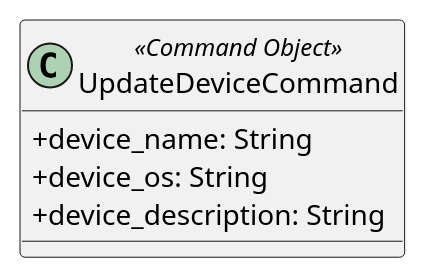
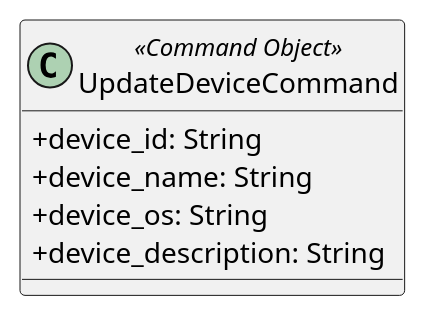
Before and after one commit to GroupRubberDuck/Documentazione: the diagram in src/PB/DocumentazioneEsterna/Specifica_Tecnica/content/uml/puml/Diagrammi_classi/Backend/Command/UpdateDeviceCommand.puml, drawn with PlantUML. The commit also changed 92 other files, not shown here.

```diff
--- a/src/PB/DocumentazioneEsterna/Specifica_Tecnica/content/uml/puml/Diagrammi_classi/Backend/Command/UpdateDeviceCommand.puml
+++ b/src/PB/DocumentazioneEsterna/Specifica_Tecnica/content/uml/puml/Diagrammi_classi/Backend/Command/UpdateDeviceCommand.puml
@@ -1,9 +1,10 @@
-@startuml
+@startuml UpdateDeviceCommand
 skinparam classAttributeIconSize 0
 
 class UpdateDeviceCommand <<Command Object>> {
+    + device_id: String
     + device_name: String
     + device_os: String
     + device_description: String
 }
 @enduml
```
